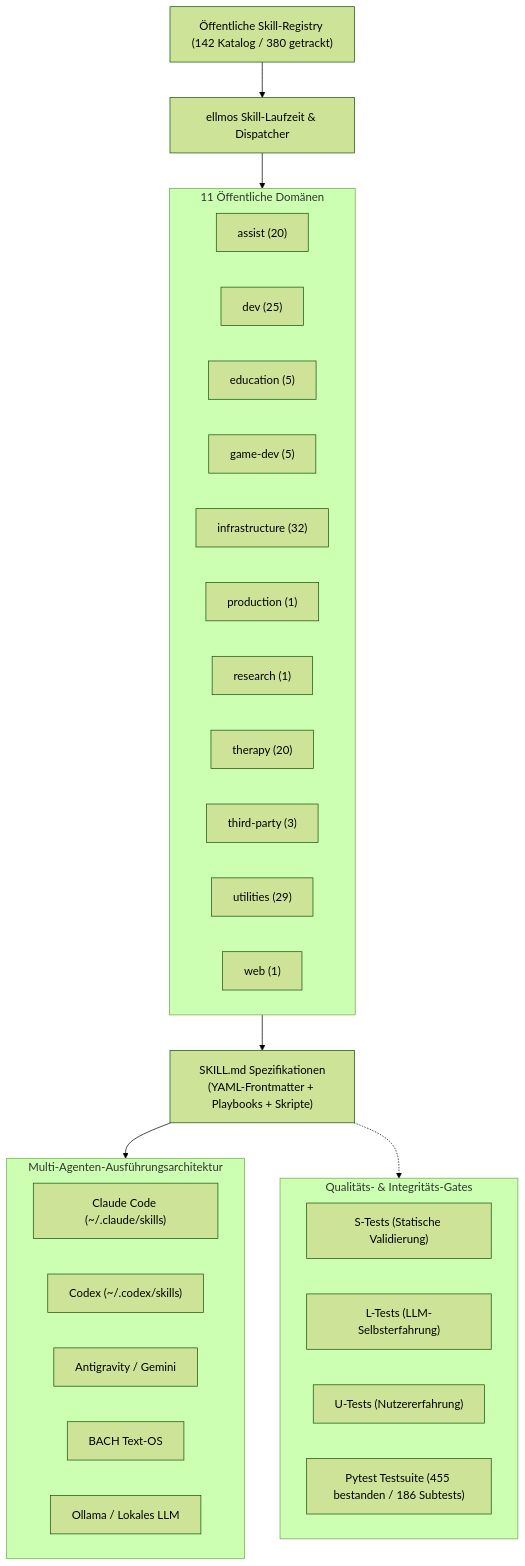
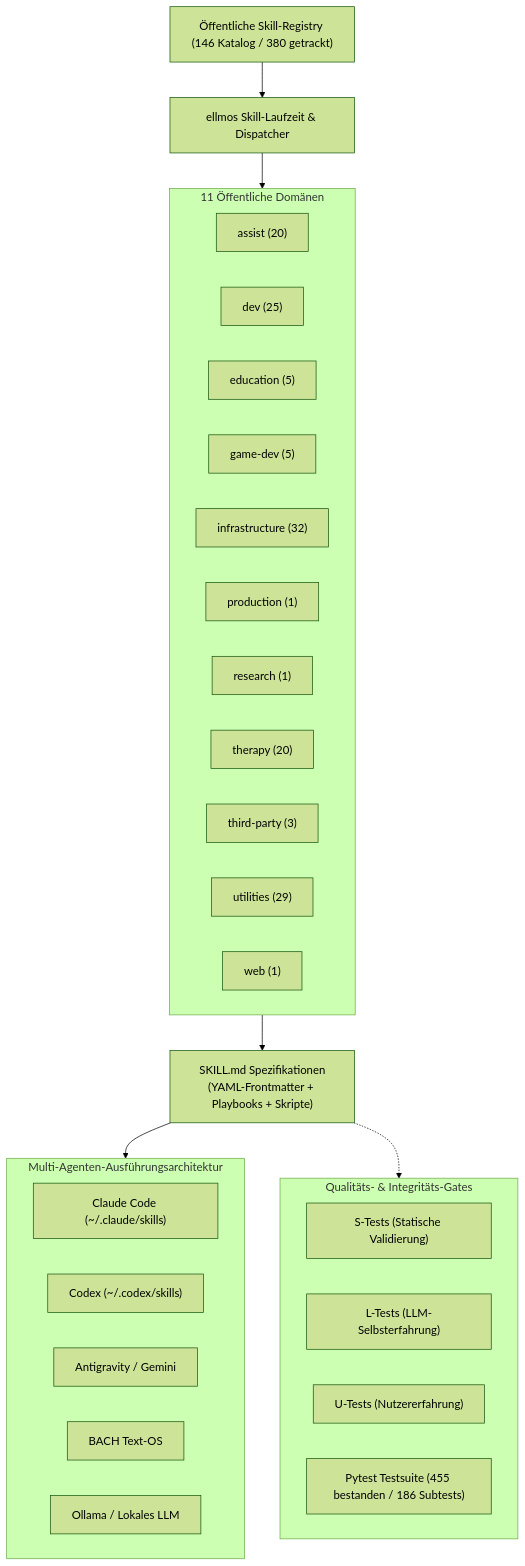
One commit to ellmos-ai/skills changed the first of 2 diagrams in README_de.md. Above: the diagram before and after it, drawn with Mermaid (forest theme). The commit also changed other lines of this file and 38 other files, not shown here.

````diff
--- a/README_de.md
+++ b/README_de.md
@@ -76,40 +76,40 @@
 ```mermaid
 flowchart TD
-    Registry["Öffentliche Skill-Registry (142 Katalog / 380 getrackt)"] --> Engine["ellmos Skill-Laufzeit & Dispatcher"]
+    Registry["Öffentliche Skill-Registry (146 Katalog / 380 getrackt)"] --> Engine["ellmos Skill-Laufzeit & Dispatcher"]
     
     subgraph Catalog ["11 Öffentliche Domänen"]
         Assist["assist (20)"]
         Dev["dev (25)"]
         Edu["education (5)"]
         Game["game-dev (5)"]
         Infra["infrastructure (32)"]
         Prod["production (1)"]
         Res["research (1)"]
         Therapy["therapy (20)"]
         ThirdParty["third-party (3)"]
         Utils["utilities (29)"]
         Web["web (1)"]
     end
     
     Engine --> Catalog
     Catalog --> Artifacts["SKILL.md Spezifikationen<br/>(YAML-Frontmatter + Playbooks + Skripte)"]
     
     subgraph MultiAgentRuntimes ["Multi-Agenten-Ausführungsarchitektur"]
         ClaudeCode["Claude Code (~/.claude/skills)"]
         Codex["Codex (~/.codex/skills)"]
         AGY["Antigravity / Gemini"]
         BACH["BACH Text-OS"]
         LocalOllama["Ollama / Lokales LLM"]
     end
     
     Artifacts --> MultiAgentRuntimes
     
     subgraph QualityGates ["Qualitäts- & Integritäts-Gates"]
         STests["S-Tests (Statische Validierung)"]
         LTests["L-Tests (LLM-Selbsterfahrung)"]
         UTests["U-Tests (Nutzererfahrung)"]
         PytestSuite["Pytest Testsuite (455 bestanden / 186 Subtests)"]
     end
     
     Artifacts -.-> QualityGates
 ```
````
